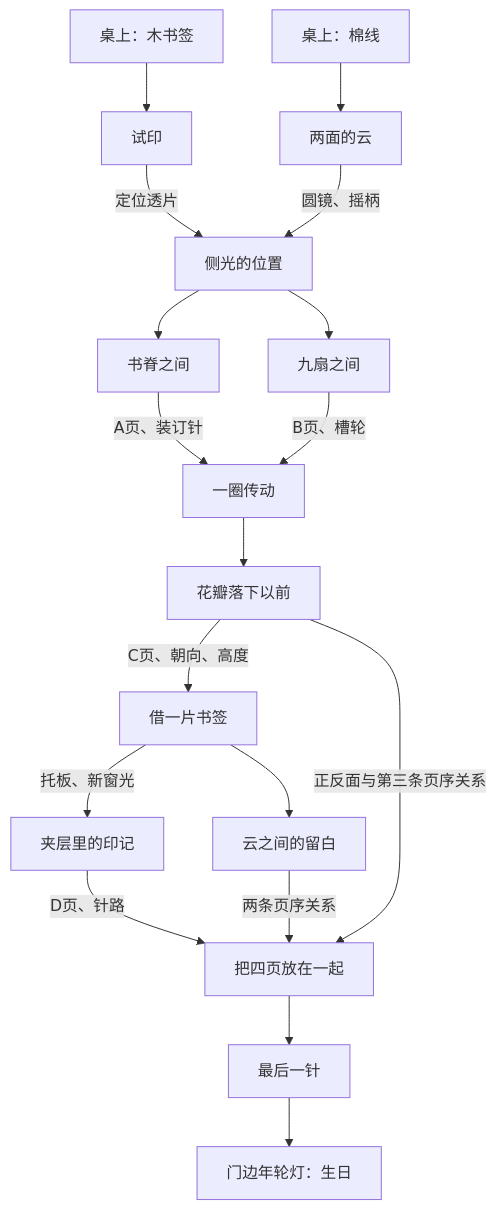
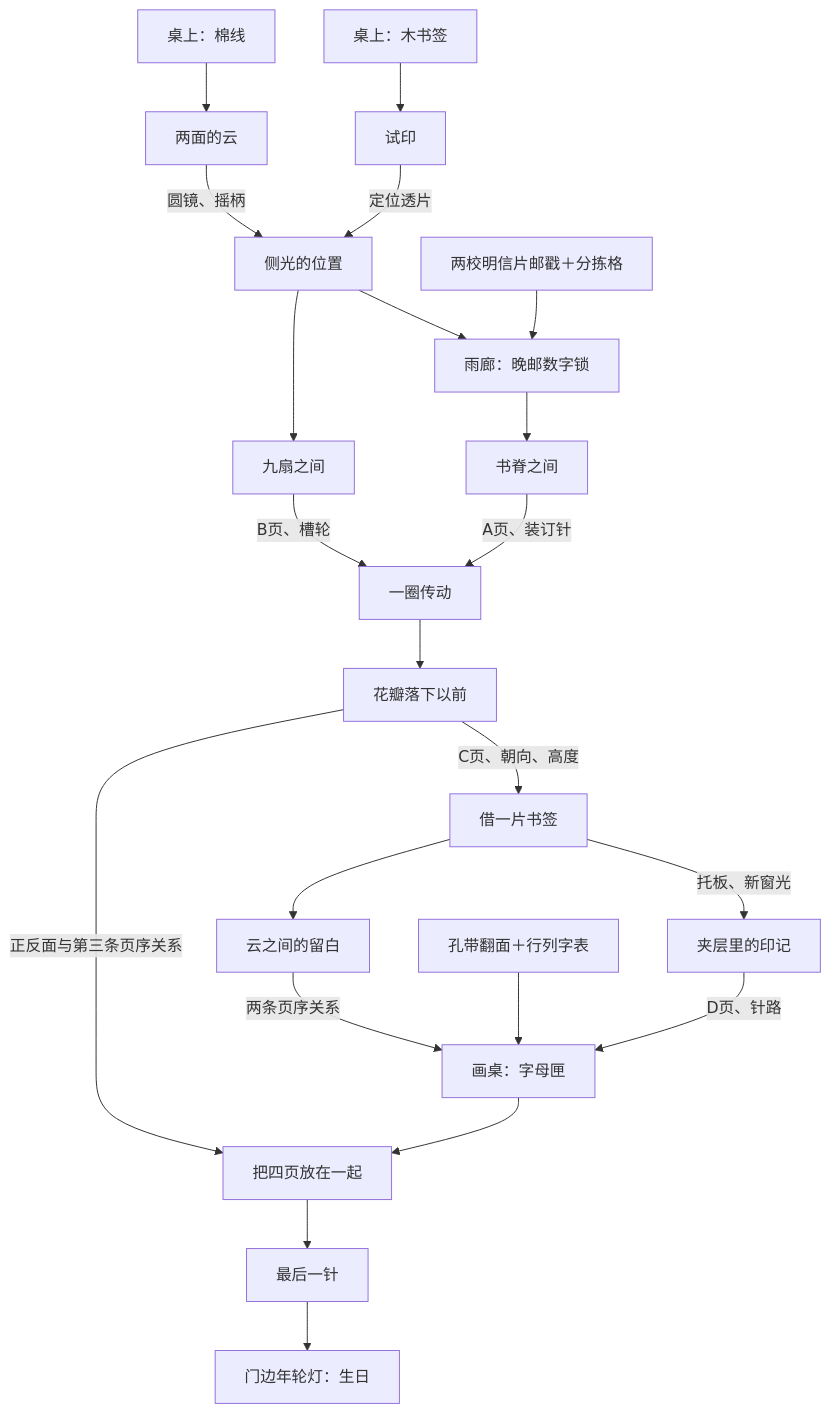
One commit to liu2024whu-bit/smallgame changed the diagram in docs/puzzle-design.md. Above: the diagram before and after it, drawn with Mermaid. The commit also changed other lines of this file and 76 other files, not shown here.

````diff
--- a/docs/puzzle-design.md
+++ b/docs/puzzle-design.md
@@ -7,20 +7,24 @@
 ```mermaid
 flowchart TD
     W[桌上：木书签] --> P[试印]
     T[桌上：棉线] --> C[两面的云]
     P -->|定位透片| L[侧光的位置]
     C -->|圆镜、摇柄| L
-    L --> B[书脊之间]
+    L --> N[雨廊：晚邮数字锁]
+    PM[两校明信片邮戳＋分拣格] --> N
+    N --> B[书脊之间]
     L --> S[九扇之间]
     B -->|A页、装订针| R[一圈传动]
     S -->|B页、槽轮| R
     R --> F[花瓣落下以前]
     F -->|C页、朝向、高度| H[借一片书签]
     H -->|托板、新窗光| PB[夹层里的印记]
     H --> CG[云之间的留白]
-    PB -->|D页、针路| A[把四页放在一起]
-    CG -->|两条页序关系| A
+    PB -->|D页、针路| K[画桌：字母匣]
+    CG -->|两条页序关系| K
+    CS[孔带翻面＋行列字表] --> K
+    K --> A[把四页放在一起]
     F -->|正反面与第三条页序关系| A
     A --> ST[最后一针]
     ST --> E[门边年轮灯：生日]
 ```
````
